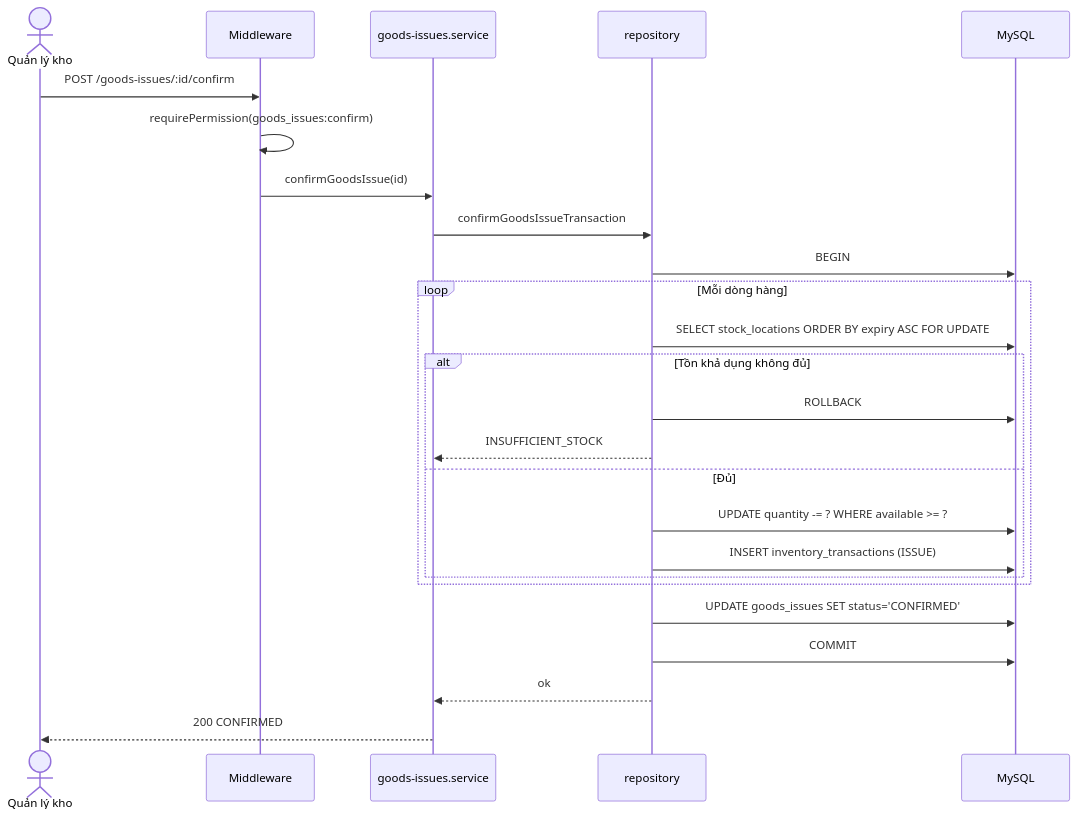
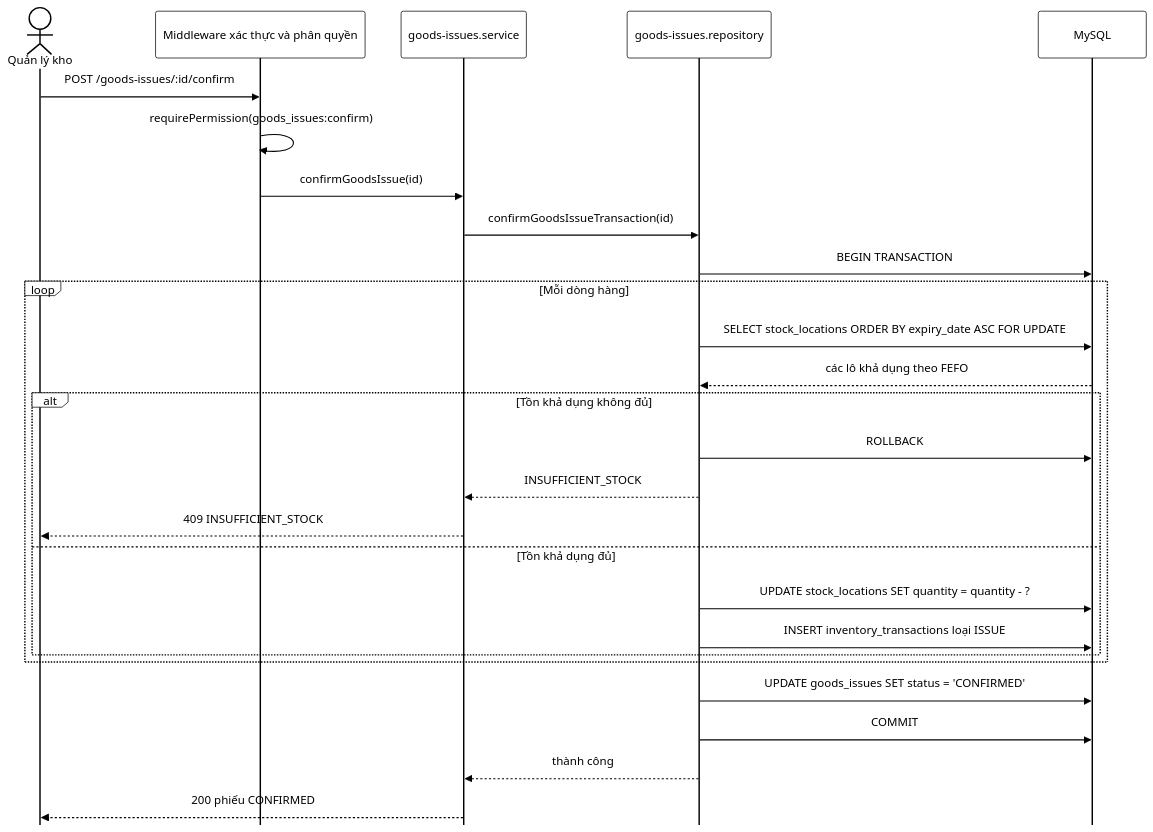
The diagram in docs/diagrams/27_3-3-2_chuc-nang-xuat-kho-goods-issue_sequence.mmd (nguyenthihongnhu-dotcom/luanvan2026), drawn with Mermaid before and after one commit. The commit also changed 170 other files, not shown here.

```diff
--- a/docs/diagrams/27_3-3-2_chuc-nang-xuat-kho-goods-issue_sequence.mmd
+++ b/docs/diagrams/27_3-3-2_chuc-nang-xuat-kho-goods-issue_sequence.mmd
@@ -1,26 +1,67 @@
+%%{init: {
+  'theme': 'base',
+  'themeVariables': {
+    'primaryColor': '#ffffff',
+    'primaryBorderColor': '#000000',
+    'primaryTextColor': '#000000',
+    'secondaryColor': '#ffffff',
+    'secondaryBorderColor': '#000000',
+    'secondaryTextColor': '#000000',
+    'tertiaryColor': '#ffffff',
+    'tertiaryBorderColor': '#000000',
+    'tertiaryTextColor': '#000000',
+    'lineColor': '#000000',
+    'textColor': '#000000',
+    'mainBkg': '#ffffff',
+    'nodeBorder': '#000000',
+    'clusterBkg': '#ffffff',
+    'clusterBorder': '#000000',
+    'edgeLabelBackground': '#ffffff',
+    'fontSize': '14px',
+    'actorBkg': '#ffffff',
+    'actorBorder': '#000000',
+    'actorTextColor': '#000000',
+    'actorLineColor': '#000000',
+    'signalColor': '#000000',
+    'signalTextColor': '#000000',
+    'labelBoxBkgColor': '#ffffff',
+    'labelBoxBorderColor': '#000000',
+    'labelTextColor': '#000000',
+    'loopTextColor': '#000000',
+    'noteBkgColor': '#ffffff',
+    'noteBorderColor': '#000000',
+    'noteTextColor': '#000000',
+    'activationBkgColor': '#ffffff',
+    'activationBorderColor': '#000000',
+    'altBackground': '#ffffff'
+  },
+  'sequence': { 'mirrorActors': false, 'messageMargin': 40, 'boxMargin': 10, 'useMaxWidth': false }
+}}%%
 sequenceDiagram
     actor M as Quản lý kho
-    participant MW as Middleware
+    participant MW as Middleware xác thực và phân quyền
     participant S as goods-issues.service
-    participant Repo as repository
+    participant Repo as goods-issues.repository
     participant DB as MySQL
 
     M->>MW: POST /goods-issues/:id/confirm
     MW->>MW: requirePermission(goods_issues:confirm)
     MW->>S: confirmGoodsIssue(id)
-    S->>Repo: confirmGoodsIssueTransaction
-    Repo->>DB: BEGIN
+    S->>Repo: confirmGoodsIssueTransaction(id)
+    Repo->>DB: BEGIN TRANSACTION
     loop Mỗi dòng hàng
-        Repo->>DB: SELECT stock_locations ORDER BY expiry ASC FOR UPDATE
+        Repo->>DB: SELECT stock_locations ORDER BY expiry_date ASC FOR UPDATE
+        DB-->>Repo: các lô khả dụng theo FEFO
         alt Tồn khả dụng không đủ
             Repo->>DB: ROLLBACK
             Repo-->>S: INSUFFICIENT_STOCK
-        else Đủ
-            Repo->>DB: UPDATE quantity -= ? WHERE available >= ?
-            Repo->>DB: INSERT inventory_transactions (ISSUE)
+            S-->>M: 409 INSUFFICIENT_STOCK
+        else Tồn khả dụng đủ
+            Repo->>DB: UPDATE stock_locations SET quantity = quantity - ?
+            Repo->>DB: INSERT inventory_transactions loại ISSUE
         end
     end
-    Repo->>DB: UPDATE goods_issues SET status='CONFIRMED'
+    Repo->>DB: UPDATE goods_issues SET status = 'CONFIRMED'
     Repo->>DB: COMMIT
-    Repo-->>S: ok
-    S-->>M: 200 CONFIRMED
+    Repo-->>S: thành công
+    S-->>M: 200 phiếu CONFIRMED
```
